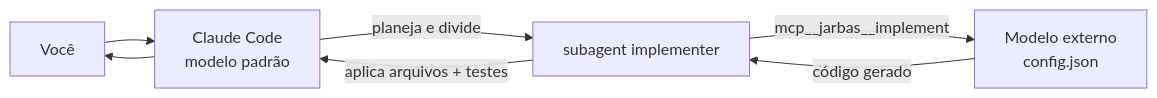
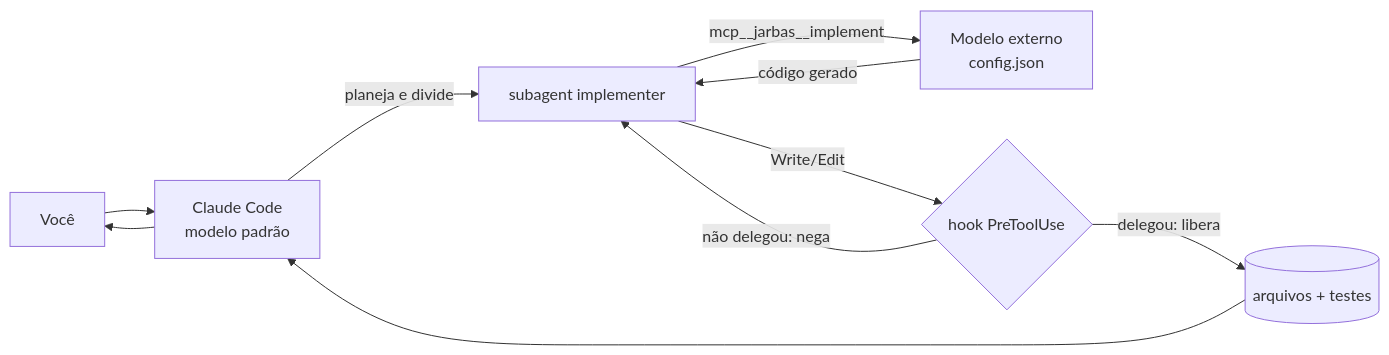
Before and after one commit to Conjo-SA/jarbas-ai-plugin: the diagram in README.md, drawn with Mermaid. The commit also changed other lines of this file and 11 other files, not shown here.

````diff
--- a/README.md
+++ b/README.md
@@ -11,9 +11,12 @@
 ```mermaid
 flowchart LR
     U[Você] --> O[Claude Code<br/>modelo padrão]
     O -->|planeja e divide| S[subagent implementer]
     S -->|mcp__jarbas__implement| M[Modelo externo<br/>config.json]
     M -->|código gerado| S
-    S -->|aplica arquivos + testes| O
+    S -->|Write/Edit| H{hook PreToolUse}
+    H -->|delegou: libera| F[(arquivos + testes)]
+    H -->|não delegou: nega| S
+    F --> O
     O --> U
 ```
````
